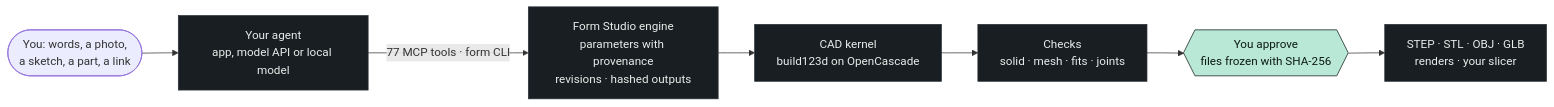
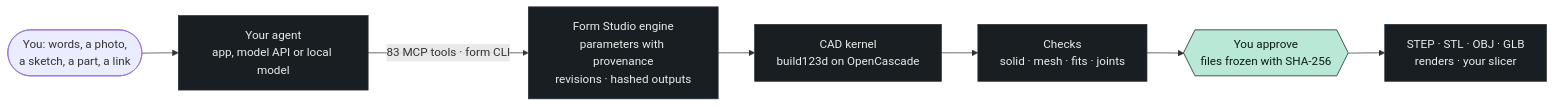
One commit to kaizensx/form-studio changed the diagram in README.md. Above: the diagram before and after it, drawn with Mermaid. The commit also changed other lines of this file and 33 other files, not shown here.

First line of the commit message:
README: 83 MCP tools, design helpers, mesh to CAD and the launcher are in

````diff
--- a/README.md
+++ b/README.md
@@ -53,13 +53,13 @@
 ```mermaid
 flowchart LR
   you(["You: words, a photo,<br/>a sketch, a part, a link"]) --> agent["Your agent<br/>app, model API or local model"]
-  agent -- "77 MCP tools · form CLI" --> engine["Form Studio engine<br/>parameters with provenance<br/>revisions · hashed outputs"]
+  agent -- "83 MCP tools · form CLI" --> engine["Form Studio engine<br/>parameters with provenance<br/>revisions · hashed outputs"]
   engine --> kernel["CAD kernel<br/>build123d on OpenCascade"]
   kernel --> checks["Checks<br/>solid · mesh · fits · joints"]
   checks --> release{{"You approve<br/>files frozen with SHA-256"}}
   release --> out["STEP · STL · OBJ · GLB<br/>renders · your slicer"]
   classDef datum fill:#b9e8d7,stroke:#0d1a16,color:#0d1a16
   classDef plate fill:#191e22,stroke:#2a3238,color:#e8edeb
   class release datum
   class agent,engine,kernel,checks,out plate
 ```
````
